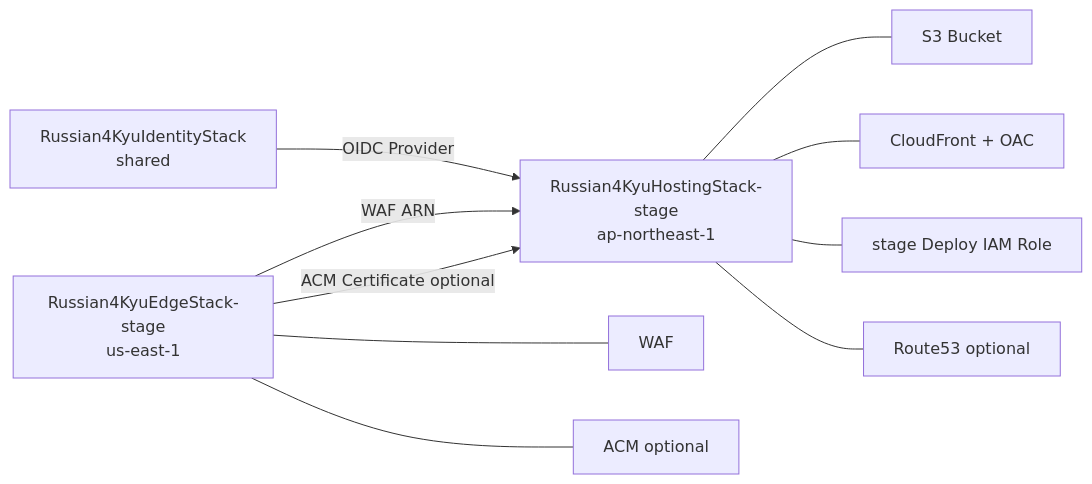
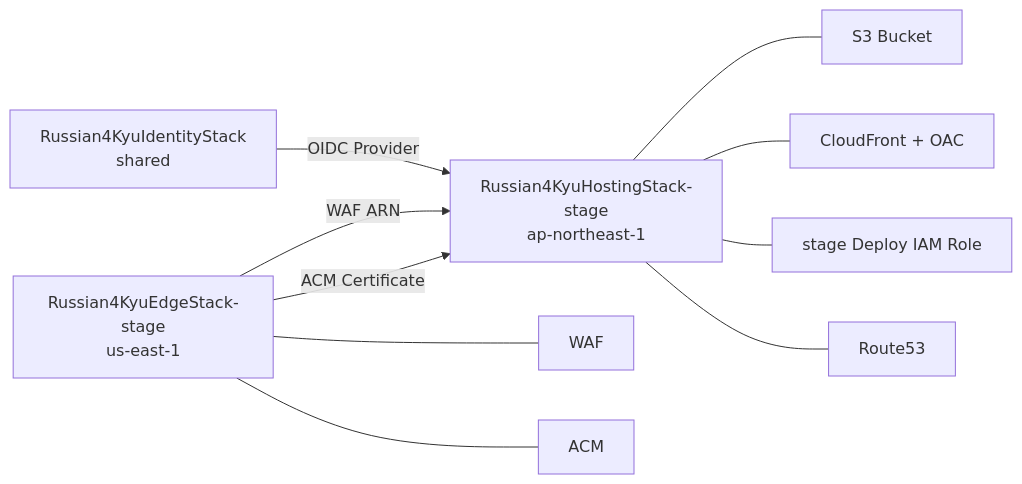
The fourth of 4 diagrams in docs/AWS_PUBLIC_HOSTING.md (toshiakisan1127/russian-4kyu-training), drawn with Mermaid before and after one commit. The commit also changed other lines of this file and 1 other file, not shown here.

````diff
--- a/docs/AWS_PUBLIC_HOSTING.md
+++ b/docs/AWS_PUBLIC_HOSTING.md
@@ -188,18 +257,18 @@
 ```mermaid
 flowchart LR
     Identity[Russian4KyuIdentityStack\nshared]
     Edge[Russian4KyuEdgeStack-stage\nus-east-1]
     Hosting[Russian4KyuHostingStack-stage\nap-northeast-1]
 
     Identity -->|OIDC Provider| Hosting
     Edge -->|WAF ARN| Hosting
-    Edge -->|ACM Certificate optional| Hosting
+    Edge -->|ACM Certificate| Hosting
 
     Edge --- WAF2[WAF]
-    Edge --- ACM2[ACM optional]
+    Edge --- ACM2[ACM]
 
     Hosting --- S3B[S3 Bucket]
     Hosting --- CF2[CloudFront + OAC]
     Hosting --- Role[stage Deploy IAM Role]
-    Hosting --- R53[Route53 optional]
+    Hosting --- R53[Route53]
 ```
````
